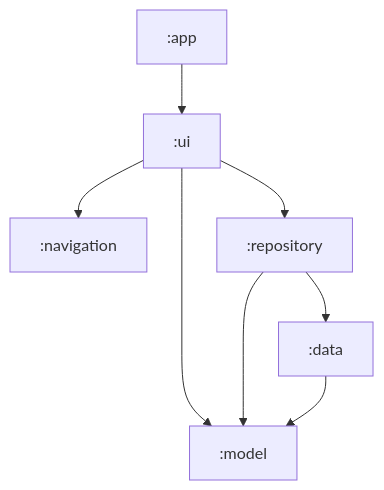
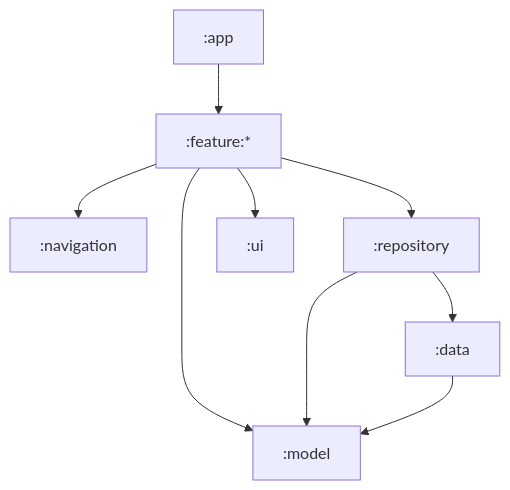
The diagram in README.md (NUmeroAndDev/DagashiApp-android), drawn with Mermaid before and after one commit.

Commit message:
Updated module graph

````diff
--- a/README.md
+++ b/README.md
@@ -11,10 +11,11 @@
 ```mermaid
   graph TD;
-      :app-->:ui;
-      :ui-->:navigation;
-      :ui-->:repository;
-      :ui-->:model;
+      :app-->:feature:*;
+      :feature:*-->:navigation;
+      :feature:*-->:repository;
+      :feature:*-->:model;
+      :feature:*-->:ui;
       :repository-->:model;
       :repository-->:data;
       :data-->:model;
 ```
````
